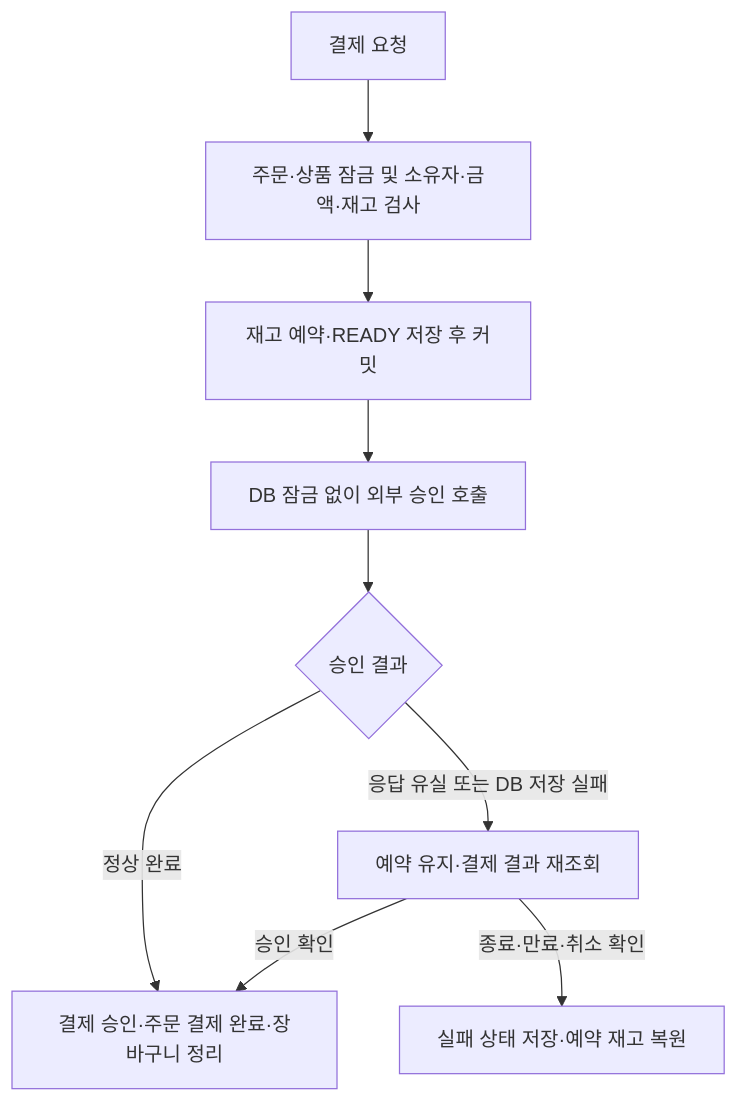
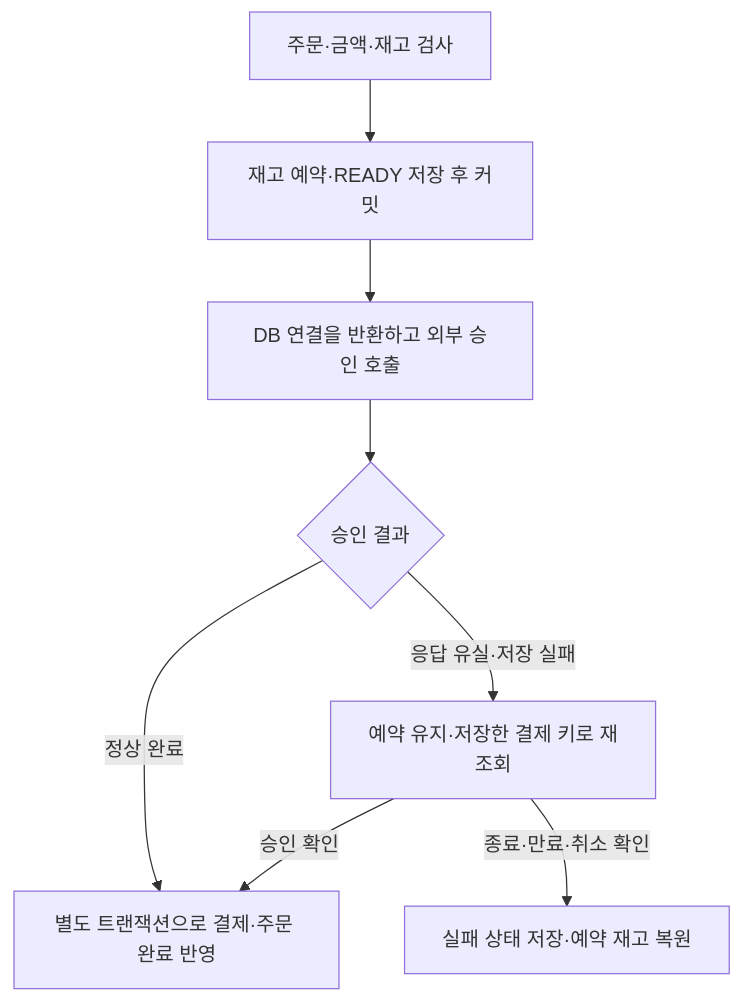
The diagram in docs/IMPROVEMENTS.md (SiH0215/COMPICK), drawn with Mermaid before and after one commit. The commit also changed other lines of this file and 5 other files, not shown here.

````diff
--- a/docs/IMPROVEMENTS.md
+++ b/docs/IMPROVEMENTS.md
@@ -43,11 +45,10 @@
 ```mermaid
 flowchart TD
-    A[결제 요청] --> B[주문·상품 잠금 및 소유자·금액·재고 검사]
-    B --> C[재고 예약·READY 저장 후 커밋]
-    C --> D[DB 잠금 없이 외부 승인 호출]
-    D --> E{승인 결과}
-    E -->|정상 완료| F[결제 승인·주문 결제 완료·장바구니 정리]
-    E -->|응답 유실 또는 DB 저장 실패| G[예약 유지·결제 결과 재조회]
-    G -->|승인 확인| F
-    G -->|종료·만료·취소 확인| H[실패 상태 저장·예약 재고 복원]
+    A[주문·금액·재고 검사] --> B[재고 예약·READY 저장 후 커밋]
+    B --> C[DB 연결을 반환하고 외부 승인 호출]
+    C --> D{승인 결과}
+    D -->|정상 완료| E[별도 트랜잭션으로 결제·주문 완료 반영]
+    D -->|응답 유실·저장 실패| F[예약 유지·저장한 결제 키로 재조회]
+    F -->|승인 확인| E
+    F -->|종료·만료·취소 확인| G[실패 상태 저장·예약 재고 복원]
 ```
````
